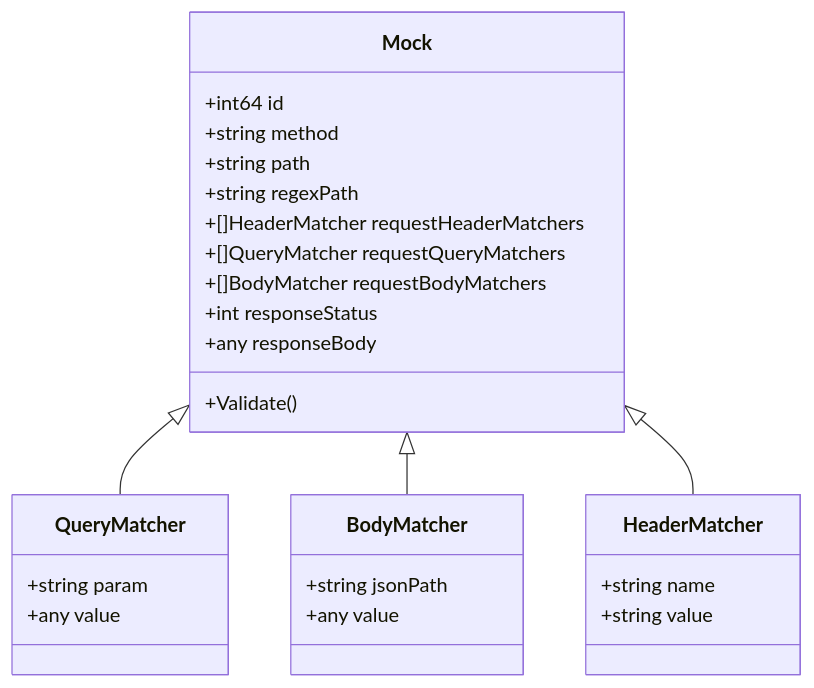
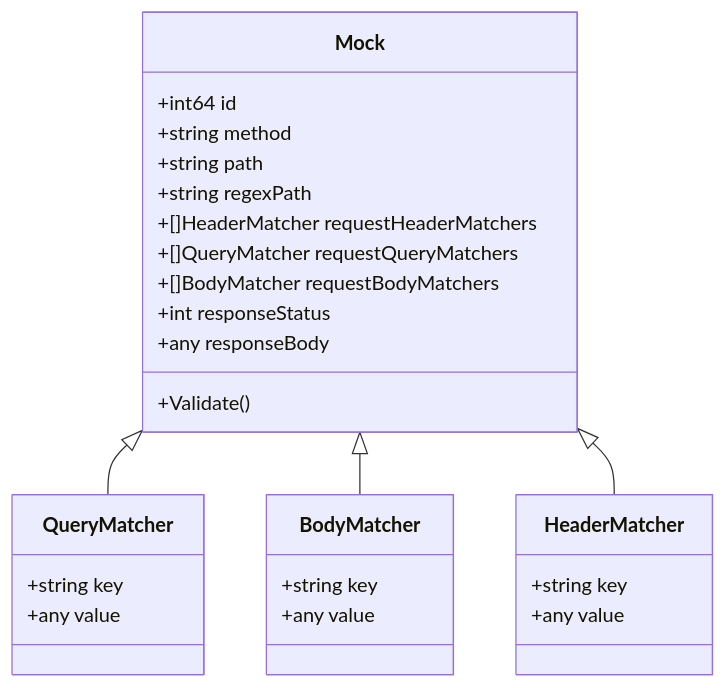
The diagram in README.md (rromanowicz/mockery), drawn with Mermaid before and after one commit. The commit also changed other lines of this file and 1 other file, not shown here.

````diff
--- a/README.md
+++ b/README.md
@@ -96,31 +104,31 @@
 ```mermaid
 classDiagram
   Mock <|-- QueryMatcher
   Mock <|-- BodyMatcher
   Mock <|-- HeaderMatcher
 
   class Mock {
       +int64 id
       +string method
       +string path
       +string regexPath
       +[]HeaderMatcher requestHeaderMatchers
       +[]QueryMatcher requestQueryMatchers
       +[]BodyMatcher requestBodyMatchers
       +int responseStatus
       +any responseBody
       +Validate()
   }
   class QueryMatcher {
-      +string param
+      +string key
       +any value
   }
   class BodyMatcher {
-      +string jsonPath
+      +string key
       +any value
   }
   class HeaderMatcher {
-      +string name
-      +string value
+      +string key
+      +any value
   }
 ```
````
